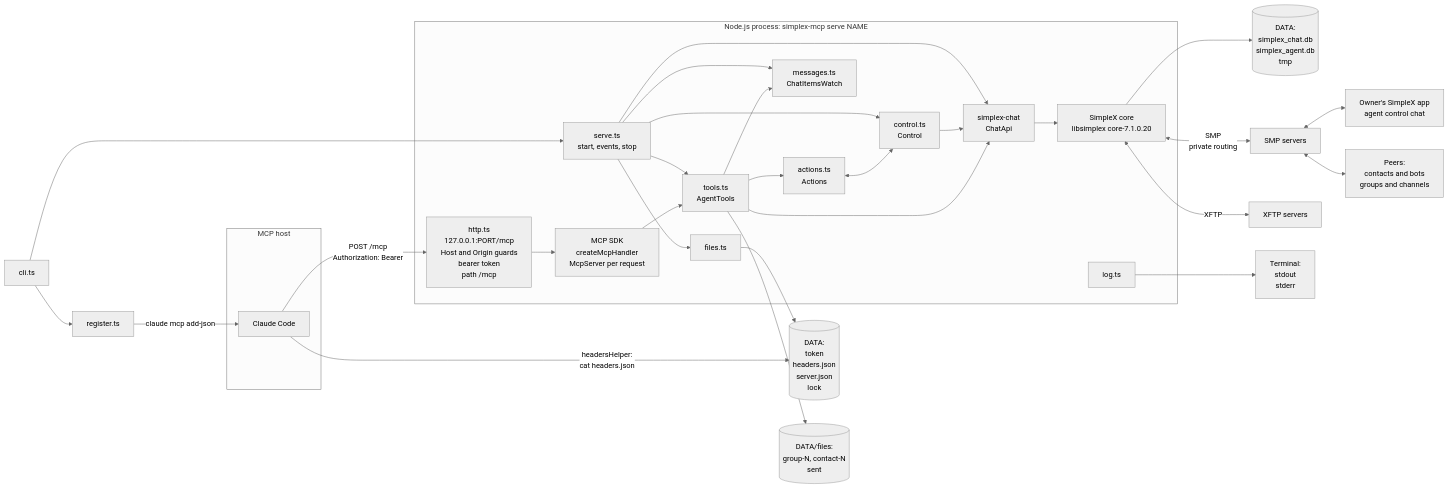
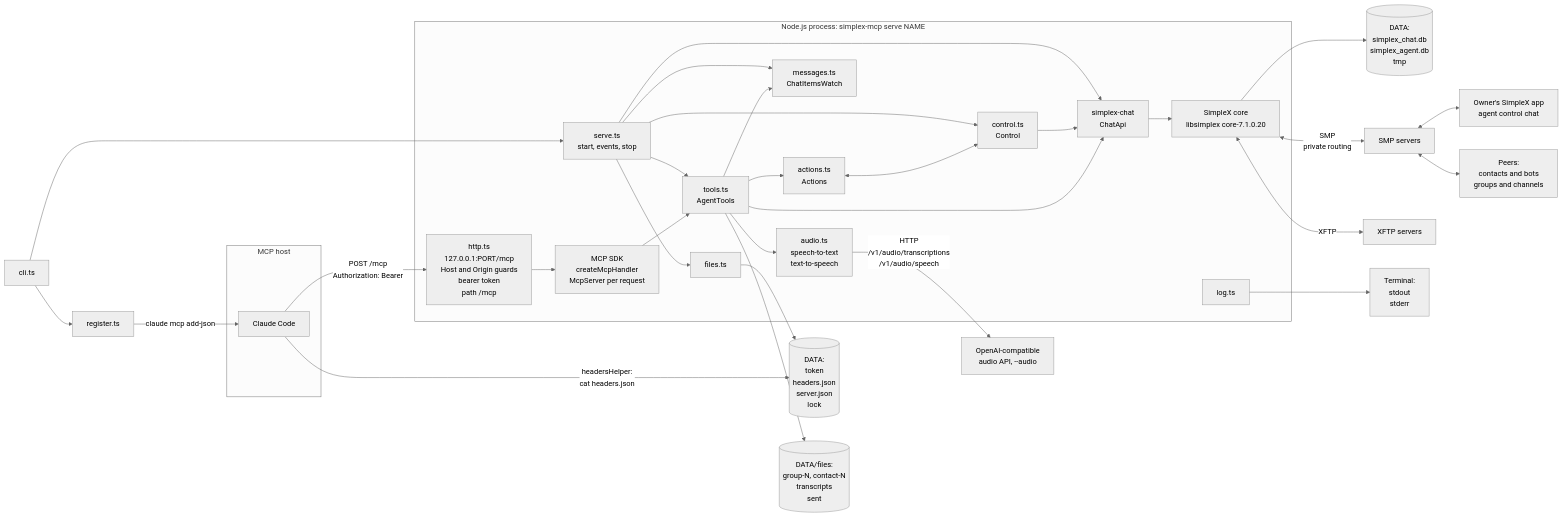
One commit to simplex-chat/simplex-chat changed the first of 2 diagrams in packages/simplex-chat-mcp/spec/architecture.md. Above: the diagram before and after it, drawn with Mermaid (neutral theme). The commit also changed other lines of this file and 8 other files, not shown here.

````diff
--- a/packages/simplex-chat-mcp/spec/architecture.md
+++ b/packages/simplex-chat-mcp/spec/architecture.md
@@ -26,44 +26,47 @@
 ```mermaid
 flowchart LR
   subgraph host["MCP host"]
     cc["Claude Code"]
   end
   subgraph proc["Node.js process: simplex-mcp serve NAME"]
     http["http.ts<br/>127.0.0.1:PORT/mcp<br/>Host and Origin guards<br/>bearer token<br/>path /mcp"]
     sdk["MCP SDK<br/>createMcpHandler<br/>McpServer per request"]
     tools["tools.ts<br/>AgentTools"]
     actions["actions.ts<br/>Actions"]
     control["control.ts<br/>Control"]
     messages["messages.ts<br/>ChatItemsWatch"]
+    audio["audio.ts<br/>speech-to-text<br/>text-to-speech"]
     serve["serve.ts<br/>start, events, stop"]
     files["files.ts"]
     log["log.ts"]
     lib["simplex-chat<br/>ChatApi"]
     core["SimpleX core<br/>libsimplex core-7.1.0.20"]
   end
   cli["cli.ts"] --> serve
   cli --> register["register.ts"]
   register -->|"claude mcp add-json"| cc
   cc -->|"headersHelper:<br/>cat headers.json"| data
   cc -->|"POST /mcp<br/>Authorization: Bearer"| http
   http --> sdk --> tools
   tools --> actions
   actions <--> control
   tools --> messages
+  tools --> audio
+  audio -->|"HTTP<br/>/v1/audio/transcriptions<br/>/v1/audio/speech"| api["OpenAI-compatible<br/>audio API, --audio"]
   serve --> control
   serve --> tools
   serve --> messages
   serve --> files
   files --> data[("DATA:<br/>token<br/>headers.json<br/>server.json<br/>lock")]
-  tools --> folder[("DATA/files:<br/>group-N, contact-N<br/>sent")]
+  tools --> folder[("DATA/files:<br/>group-N, contact-N<br/>transcripts<br/>sent")]
   tools --> lib
   control --> lib
   serve --> lib
   lib --> core
   core --> db[("DATA:<br/>simplex_chat.db<br/>simplex_agent.db<br/>tmp")]
   core <-->|"SMP<br/>private routing"| smp["SMP servers"]
   core <-->|"XFTP"| xftp["XFTP servers"]
   smp <--> owner["Owner's SimpleX app<br/>agent control chat"]
   smp <--> peers["Peers:<br/>contacts and bots<br/>groups and channels"]
   log --> term["Terminal:<br/>stdout<br/>stderr"]
 ```
````
